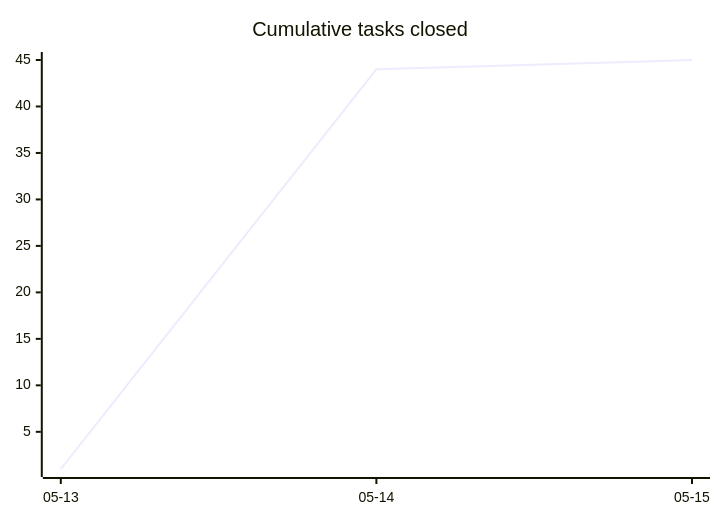
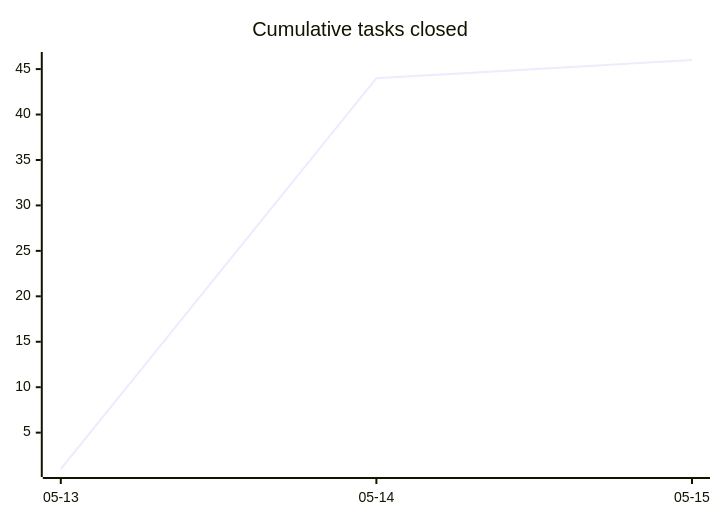
Before and after one commit to tgd1975/CircuitSmith: the first of 3 diagrams in docs/developers/tasks/OVERVIEW.md, drawn with Mermaid. The commit also changed other lines of this file and 4 other files, not shown here.

````diff
--- a/docs/developers/tasks/OVERVIEW.md
+++ b/docs/developers/tasks/OVERVIEW.md
@@ -21,6 +21,6 @@
 ```mermaid
 xychart-beta
     title "Cumulative tasks closed"
     x-axis ["05-13", "05-14", "05-15"]
-    line [1, 44, 45]
+    line [1, 44, 46]
 ```
````
